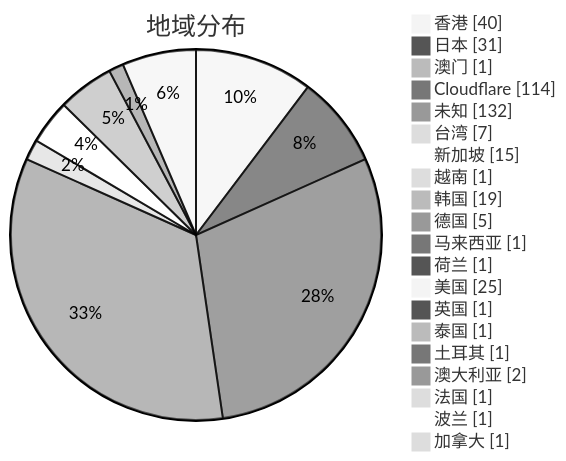
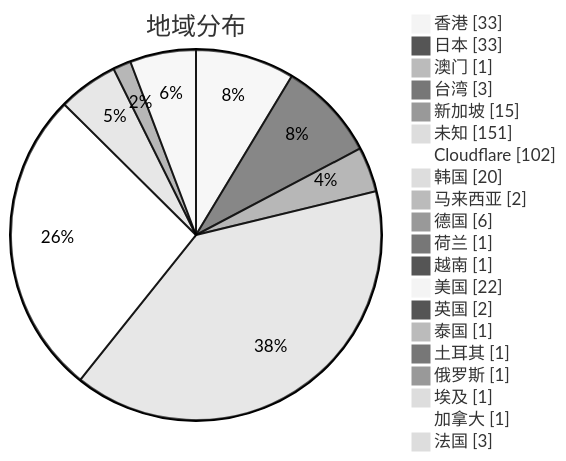
The second of 3 diagrams in subs/statistics/tested_within.md (qjlxg/airport), drawn with Mermaid (neutral theme) before and after one commit. The commit also changed other lines of this file and 2 other files, not shown here.

Commit message:
Tested by metaST

````diff
--- a/subs/statistics/tested_within.md
+++ b/subs/statistics/tested_within.md
@@ -13,24 +13,24 @@
 ```mermaid
 pie showData
 title 地域分布
-"香港" : 40
-"日本" : 31
+"香港" : 33
+"日本" : 33
 "澳门" : 1
-"Cloudflare" : 114
-"未知" : 132
-"台湾" : 7
+"台湾" : 3
 "新加坡" : 15
+"未知" : 151
+"Cloudflare" : 102
+"韩国" : 20
+"马来西亚" : 2
+"德国" : 6
+"荷兰" : 1
 "越南" : 1
-"韩国" : 19
-"德国" : 5
-"马来西亚" : 1
-"荷兰" : 1
-"美国" : 25
-"英国" : 1
+"美国" : 22
+"英国" : 2
 "泰国" : 1
 "土耳其" : 1
-"澳大利亚" : 2
-"法国" : 1
-"波兰" : 1
+"俄罗斯" : 1
+"埃及" : 1
 "加拿大" : 1
+"法国" : 3
 ```
````
